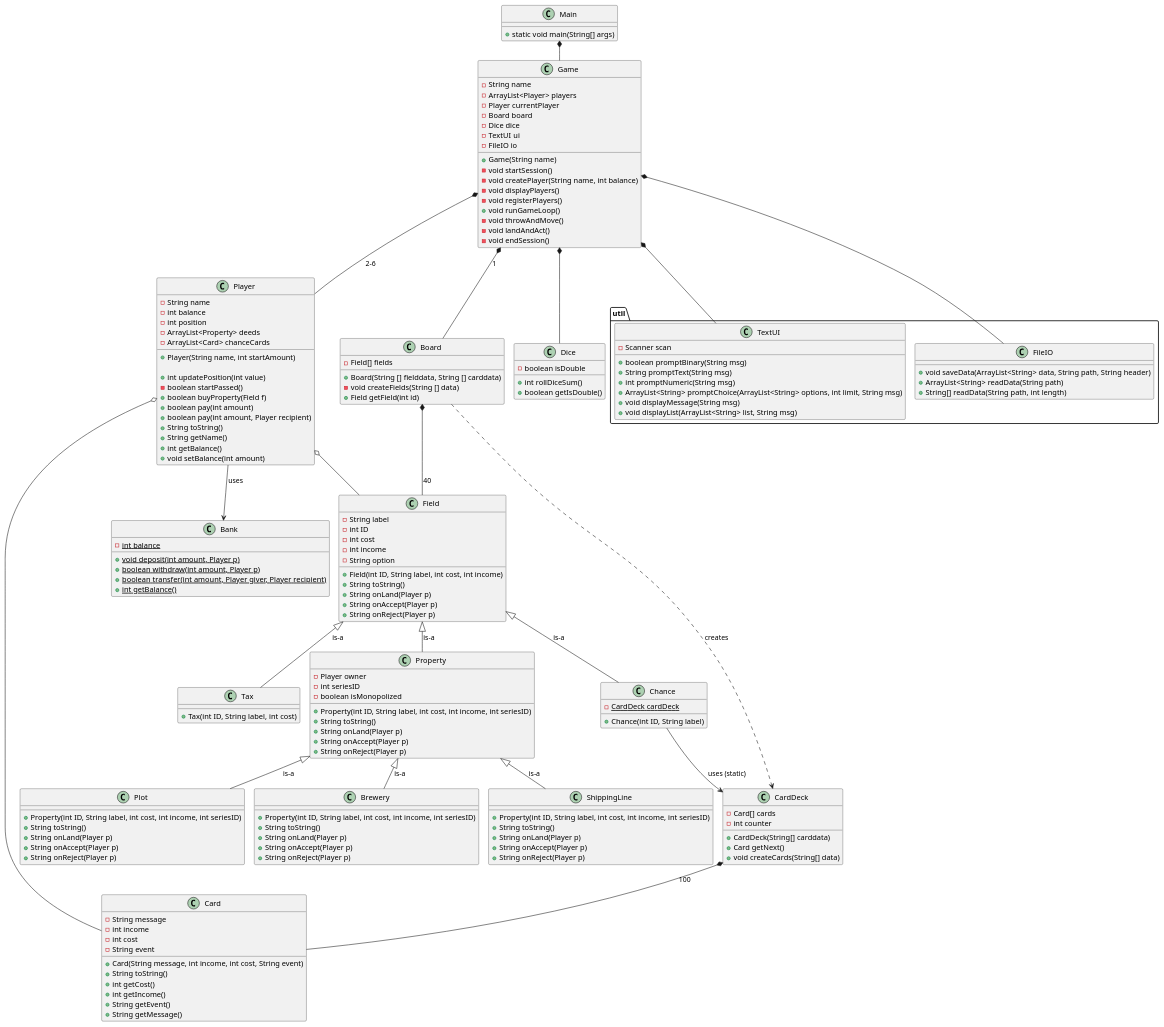
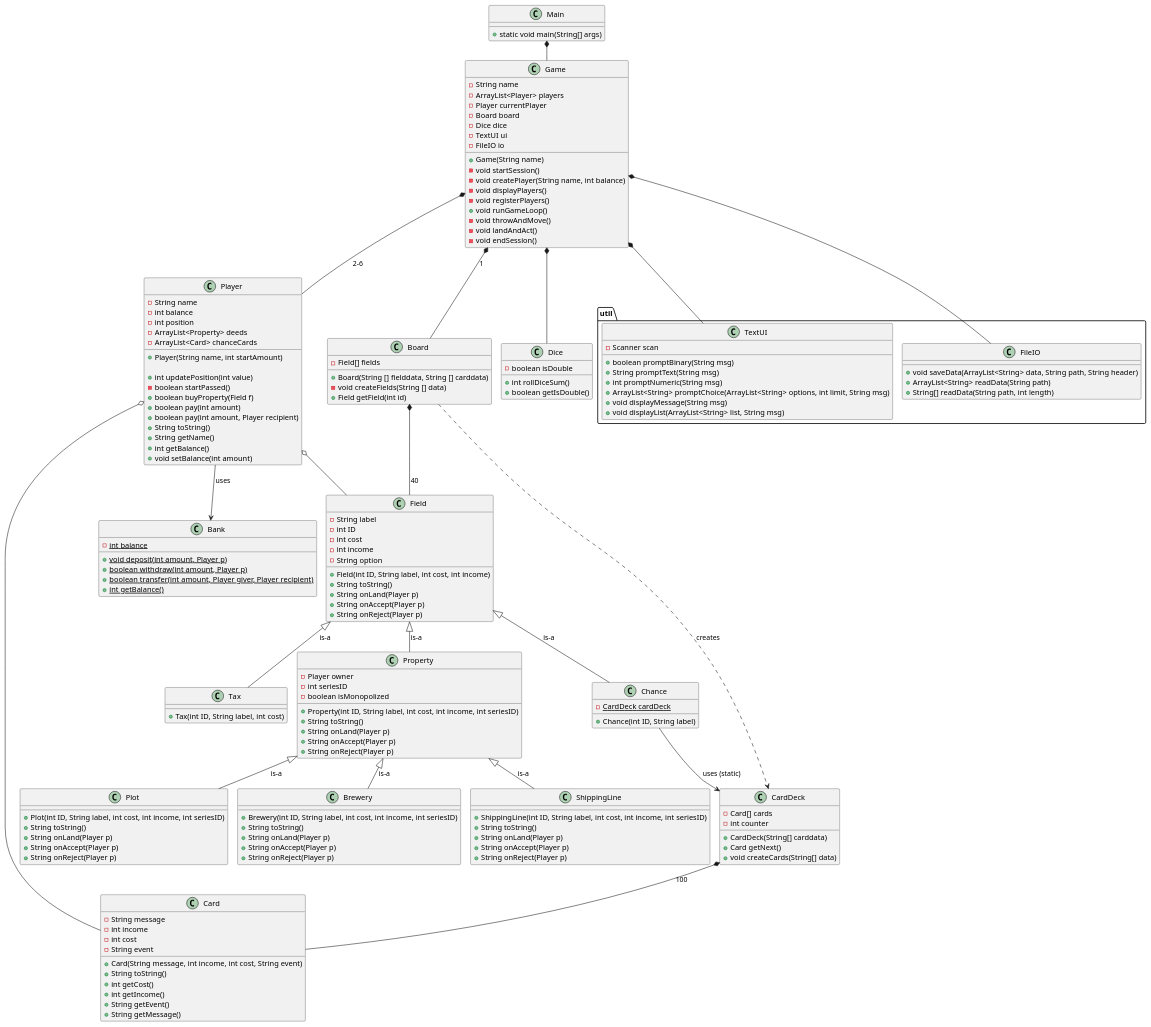
Before and after one commit to Dat1Cphbusiness/MonopolyE25: the diagram in doc/plan/static/classdiagram_v2.puml, drawn with PlantUML.

Commit message:
Updated UML

```diff
--- a/doc/plan/static/classdiagram_v2.puml
+++ b/doc/plan/static/classdiagram_v2.puml
@@ -1,189 +1,189 @@
 @startuml
 !pragma layout smetana
 
 class Main{
 + static void main(String[] args)
 }
 
 
 
 
 class Game{
  - String name
  - ArrayList<Player> players
  - Player currentPlayer
  - Board board
  - Dice dice
  'utilities
   - TextUI ui
   - FileIO io
   'Contructor
  + Game(String name)
  'Methods
  - void startSession()
  - void createPlayer(String name, int balance)
  - void displayPlayers()
  - void registerPlayers()
  + void runGameLoop()
  - void throwAndMove()
  - void landAndAct()
  - void endSession()
 
 }
 
 class Player{
 - String name
 - int balance
 - int position
 - ArrayList<Property> deeds
 - ArrayList<Card> chanceCards
 
 + Player(String name, int startAmount)
 
 + int updatePosition(int value)
 - boolean startPassed()
 + boolean buyProperty(Field f)
 + boolean pay(int amount)
 + boolean pay(int amount, Player recipient)
 + String toString()
 + String getName()
 + int getBalance()
 + void setBalance(int amount)
 }
 
 class Bank{
 - {static} int balance
 + {static} void deposit(int amount, Player p)
 + {static} boolean withdraw(int amount, Player p)
 + {static} boolean transfer(int amount, Player giver, Player recipient)
 + {static} int getBalance()
 }
 
 class Field{
  - String label
  - int ID
  - int cost
  - int income
  - String option
  + Field(int ID, String label, int cost, int income)
  + String toString()
  + String onLand(Player p)
  + String onAccept(Player p)
  + String onReject(Player p)
 }
 class Board{
  - Field[] fields
  + Board(String [] fielddata, String [] carddata)
 'konstruktoren instansierer CardDeck med carddata som argument og tildeler til Chance.cardDeck
  - void createFields(String [] data)
  + Field getField(int id)
 
 }
 
 class Property{
  - Player owner
  - int seriesID
  - boolean isMonopolized
  + Property(int ID, String label, int cost, int income, int seriesID)
  + String toString()
   + String onLand(Player p)
   + String onAccept(Player p)
   + String onReject(Player p)
 }
 
 class Plot{
- + Property(int ID, String label, int cost, int income, int seriesID)
+ + Plot(int ID, String label, int cost, int income, int seriesID)
  + String toString()
   + String onLand(Player p)
   + String onAccept(Player p)
   + String onReject(Player p)
  }
 
  class Brewery{
 
-  + Property(int ID, String label, int cost, int income, int seriesID)
+  + Brewery(int ID, String label, int cost, int income, int seriesID)
   + String toString()
    + String onLand(Player p)
    + String onAccept(Player p)
    + String onReject(Player p)
   }
 
   class ShippingLine{
 
-   + Property(int ID, String label, int cost, int income, int seriesID)
+   + ShippingLine(int ID, String label, int cost, int income, int seriesID)
    + String toString()
     + String onLand(Player p)
     + String onAccept(Player p)
     + String onReject(Player p)
    }
 
 class Chance{
  - {static} CardDeck cardDeck
  + Chance(int ID, String label)
 }
 class Tax{
  + Tax(int ID, String label, int cost)
 }
 class CardDeck {
 - Card[] cards
 - int counter
 + CardDeck(String[] carddata)
 + Card getNext()
 + void createCards(String[] data)
 }
 class Card{
 -String message
 -int income
 -int cost
 -String event
 +Card(String message, int income, int cost, String event)
 +String toString()
 + int getCost()
 + int getIncome()
 + String getEvent()
 + String getMessage()
 }
 
 class Dice{
  - boolean isDouble
  +int rollDiceSum()
  +boolean getIsDouble()
  }
 package "util" {
 class TextUI {
 - Scanner scan
 + boolean promptBinary(String msg)
 + String promptText(String msg)
 + int promptNumeric(String msg)
 + ArrayList<String> promptChoice(ArrayList<String> options, int limit, String msg)
 + void displayMessage(String msg)
 + void displayList(ArrayList<String> list, String msg)
 }
 
 class FileIO{
 + void saveData(ArrayList<String> data, String path, String header)
 + ArrayList<String> readData(String path)
 + String[] readData(String path, int length)
 }
 }
 Field <|-- Property: is-a
 Field <|-- Chance: is-a
 Field <|-- Tax: is-a
 Property <|-- Plot: is-a
 Property <|-- Brewery: is-a
  Property <|-- ShippingLine: is-a
 Game *-- TextUI
 Main *-- Game
 Game *-- Player: 2-6
 Game *-- FileIO
 Player --> Bank:uses
 Game *-- Board:1
 Board *-- Field:40
 Board ..> CardDeck : creates
 Chance --> CardDeck : uses (static)
 CardDeck *-- Card:100
 Game *-- Dice
 Player o-- Card
 Player o-- Field
 
 @enduml
```
